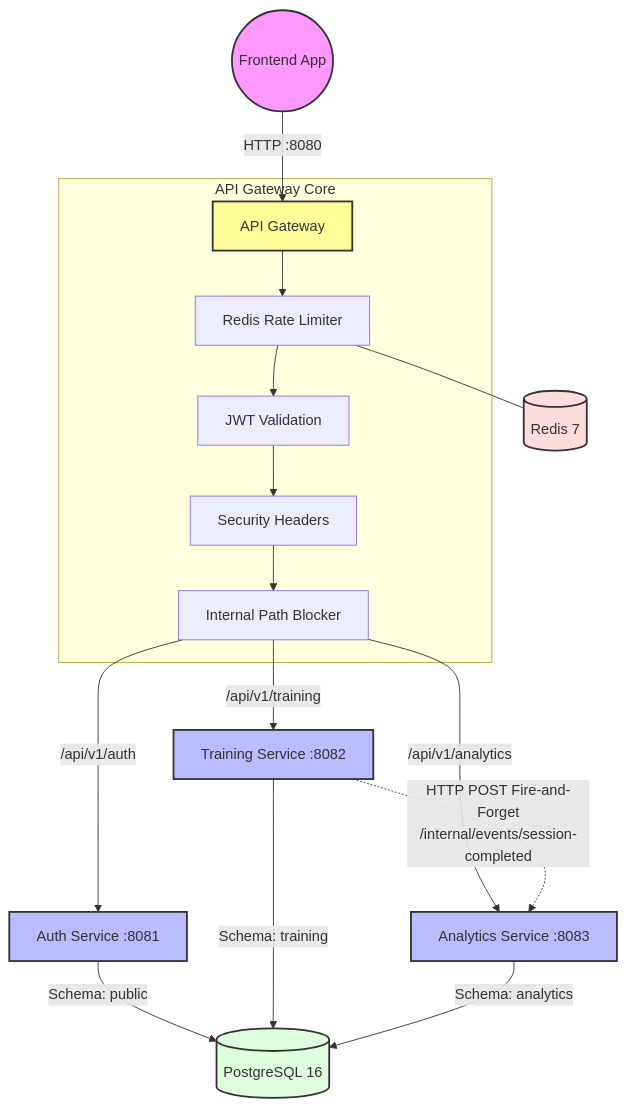
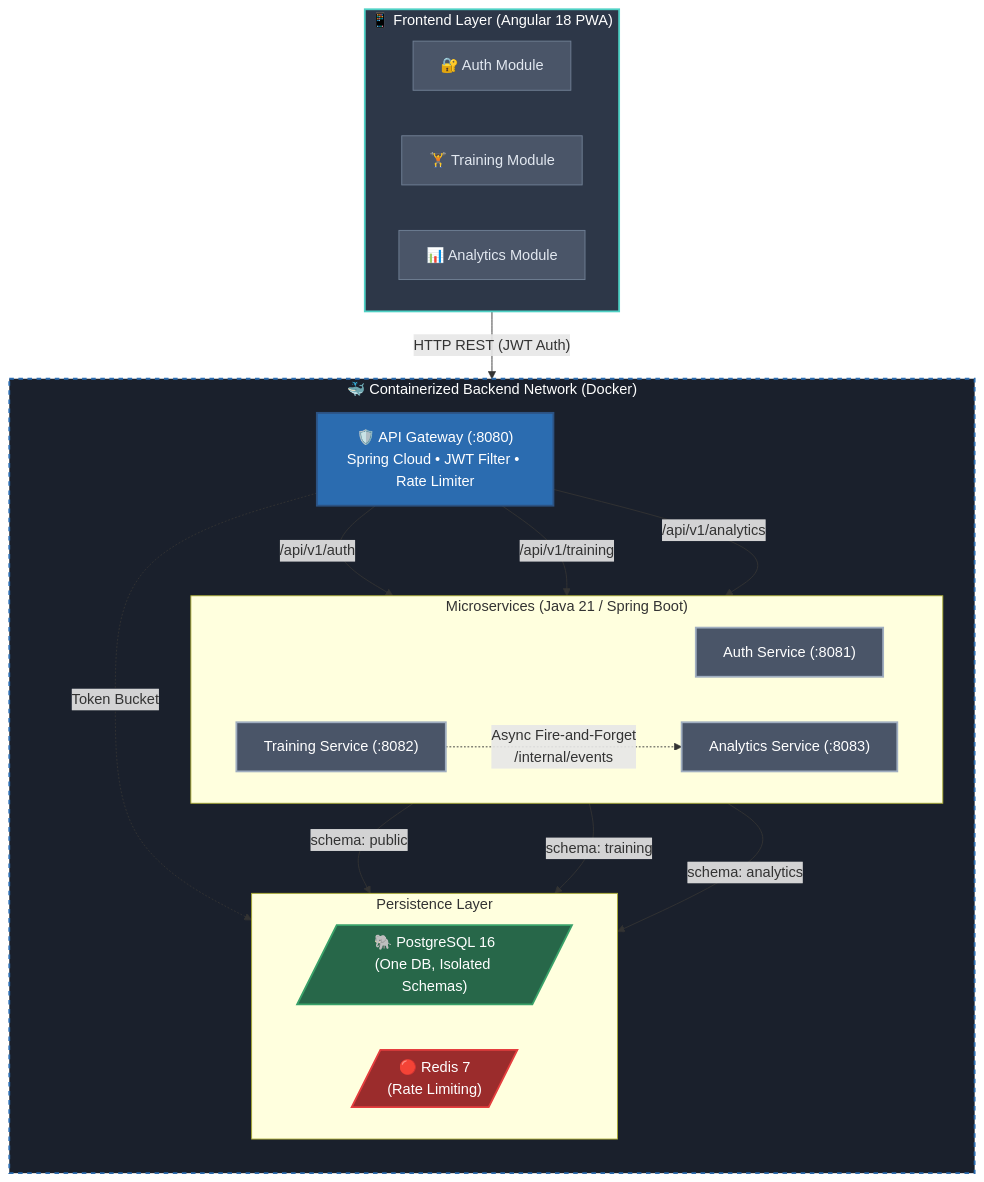
Before and after one commit to JSR-Mario/training-app: the diagram in README.md, drawn with Mermaid.

Commit message:
docs: update architecture diagram for cv portfolio with docker layer

````diff
--- a/README.md
+++ b/README.md
@@ -30,34 +30,53 @@
 ```mermaid
 graph TD
     %% Styling
-    classDef client fill:#f9f,stroke:#333,stroke-width:2px;
-    classDef gateway fill:#ff9,stroke:#333,stroke-width:2px;
-    classDef service fill:#bbf,stroke:#333,stroke-width:2px;
-    classDef database fill:#dfd,stroke:#333,stroke-width:2px;
-    classDef cache fill:#fdd,stroke:#333,stroke-width:2px;
+    classDef client fill:#2d3748,stroke:#4fd1c5,stroke-width:2px,color:#fff;
+    classDef docker fill:#1a202c,stroke:#2b6cb0,stroke-width:2px,stroke-dasharray: 5 5,color:#fff;
+    classDef gateway fill:#2b6cb0,stroke:#2c5282,stroke-width:2px,color:#fff;
+    classDef service fill:#4a5568,stroke:#a0aec0,stroke-width:2px,color:#fff;
+    classDef database fill:#276749,stroke:#38a169,stroke-width:2px,color:#fff;
+    classDef cache fill:#9b2c2c,stroke:#e53e3e,stroke-width:2px,color:#fff;
+    classDef module fill:#4a5568,stroke:#718096,stroke-width:1px,color:#e2e8f0;
 
-    Client((Frontend App)):::client --> |HTTP :8080| Gateway[API Gateway]:::gateway
-
-    subgraph API Gateway Core
-        Gateway --> RateLimiter[Redis Rate Limiter]
-        RateLimiter --> JwtFilter[JWT Validation]
-        JwtFilter --> SecurityHeaders[Security Headers]
-        SecurityHeaders --> InternalBlock[Internal Path Blocker]
+    subgraph ClientLayer ["📱 Frontend Layer (Angular 18 PWA)"]
+        direction LR
+        UI_Auth["🔐 Auth Module"]:::module
+        UI_Training["🏋️ Training Module"]:::module
+        UI_Analytics["📊 Analytics Module"]:::module
     end
 
-    InternalBlock --> |/api/v1/auth| Auth[Auth Service :8081]:::service
-    InternalBlock --> |/api/v1/training| Training[Training Service :8082]:::service
-    InternalBlock --> |/api/v1/analytics| Analytics[Analytics Service :8083]:::service
+    ClientLayer --> |"HTTP REST (JWT Auth)"| Gateway
 
-    %% Async Communication
-    Training -.-> |HTTP POST Fire-and-Forget<br/>/internal/events/session-completed| Analytics
+    subgraph DockerNetwork ["🐳 Containerized Backend Network (Docker)"]
+        direction TB
+        
+        Gateway["🛡️ API Gateway (:8080)<br/>Spring Cloud • JWT Filter • Rate Limiter"]:::gateway
+        
+        subgraph Microservices ["Microservices (Java 21 / Spring Boot)"]
+            direction LR
+            Auth["Auth Service (:8081)"]:::service
+            Training["Training Service (:8082)"]:::service
+            Analytics["Analytics Service (:8083)"]:::service
+        end
+        
+        Gateway --> |"/api/v1/auth"| Auth
+        Gateway --> |"/api/v1/training"| Training
+        Gateway --> |"/api/v1/analytics"| Analytics
+        
+        Training -.-> |"Async Fire-and-Forget<br/>/internal/events"| Analytics
 
-    %% Databases
-    Postgres[(PostgreSQL 16)]:::database
-    Redis[(Redis 7)]:::cache
+        subgraph Persistence ["Persistence Layer"]
+            direction LR
+            Postgres[/"🐘 PostgreSQL 16<br/>(One DB, Isolated Schemas)"/]:::database
+            Redis[/"🔴 Redis 7<br/>(Rate Limiting)"/]:::cache
+        end
 
-    Auth --> |Schema: public| Postgres
-    Training --> |Schema: training| Postgres
-    Analytics --> |Schema: analytics| Postgres
-    RateLimiter --- Redis
+        Auth -->|"schema: public"| Postgres
+        Training -->|"schema: training"| Postgres
+        Analytics -->|"schema: analytics"| Postgres
+        Gateway -.->|"Token Bucket"| Redis
+    end
+
+    class ClientLayer client;
+    class DockerNetwork docker;
 ```
````
